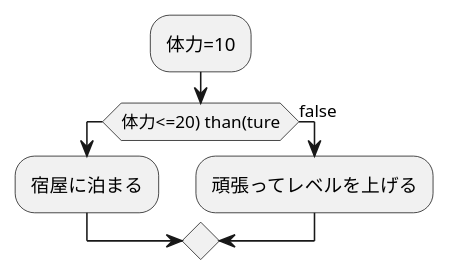
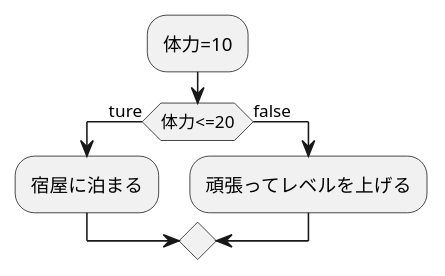
The diagram in kadai1.md (Aso2001025/2021-sys-design), drawn with PlantUML before and after one commit.

````diff
--- a/kadai1.md
+++ b/kadai1.md
@@ -1,10 +1,10 @@
 ```uml
   @startuml
   :体力=10;
-  if(体力<=20) than(ture)
+  if(体力<=20) then(ture)
   :宿屋に泊まる;
   else(false)
   :頑張ってレベルを上げる;
   endif
   @enduml
 ```
````
